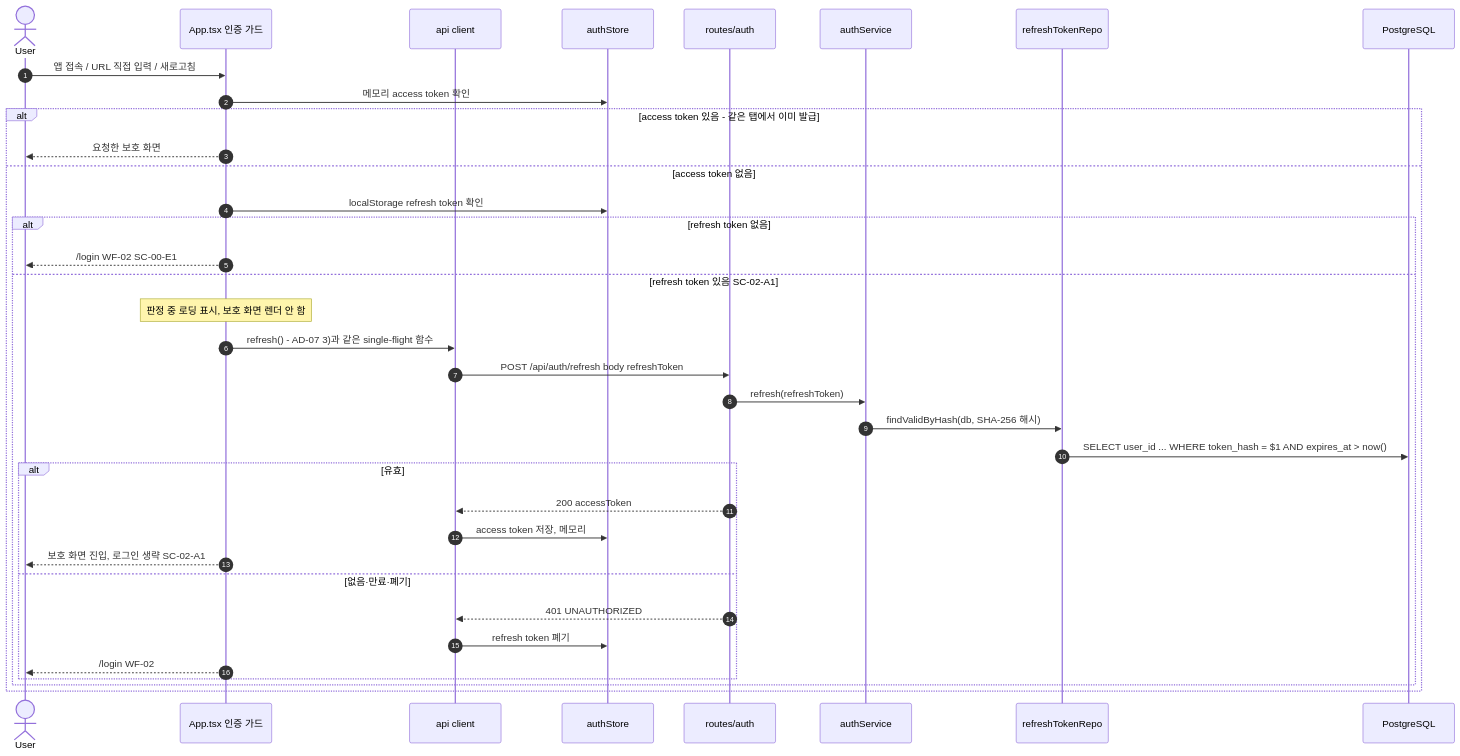
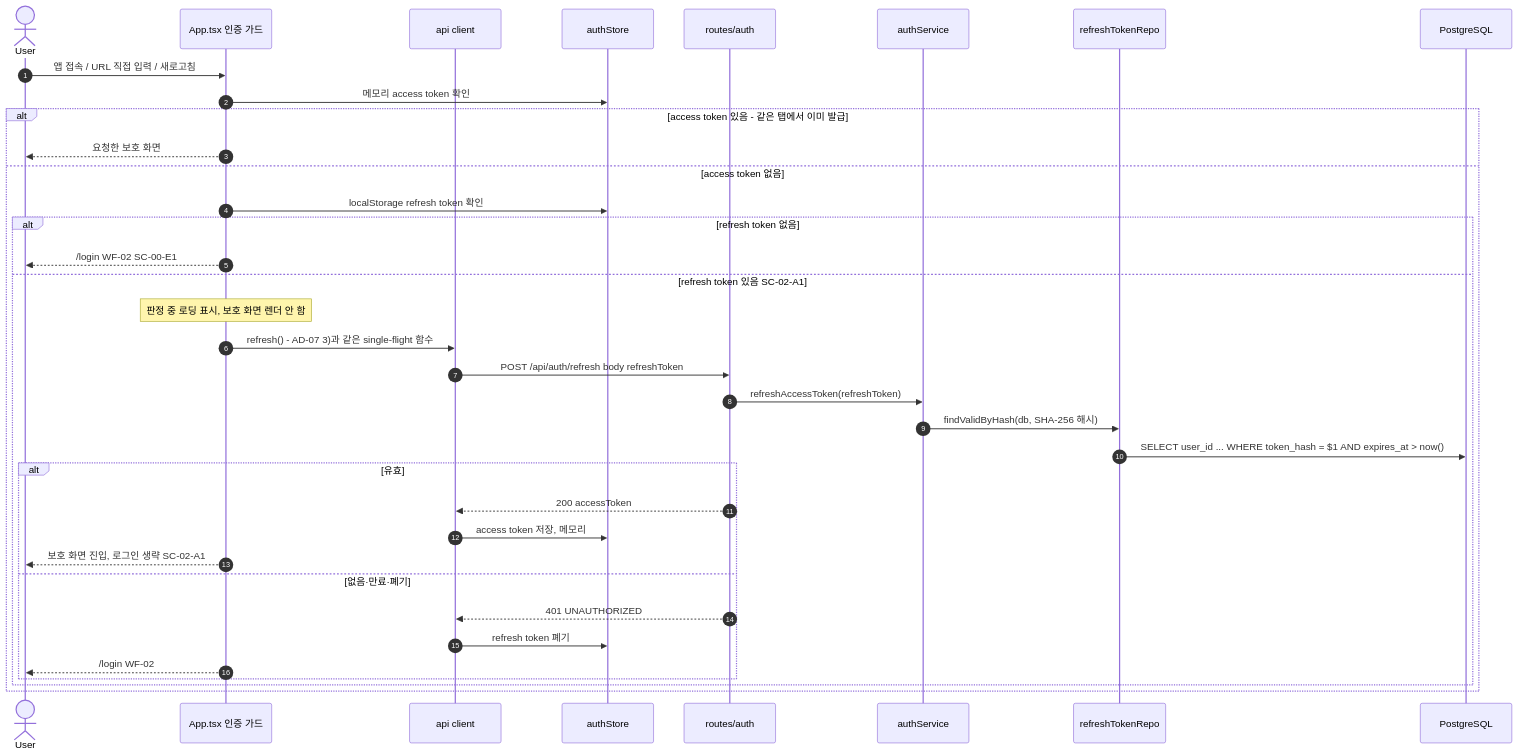
Before and after one commit to chaenamo/todolist-app: the seventh of 12 diagrams in docs/6-arch-diagram.md, drawn with Mermaid. The commit also changed other lines of this file and 64 other files, not shown here.

````diff
--- a/docs/6-arch-diagram.md
+++ b/docs/6-arch-diagram.md
@@ -397,39 +406,39 @@
 ```mermaid
 sequenceDiagram
     autonumber
     actor U as User
     participant APP as App.tsx 인증 가드
     participant H as api client
     participant ST as authStore
     participant R as routes/auth
     participant S as authService
     participant Repo as refreshTokenRepo
     participant DB as PostgreSQL
 
     U->>APP: 앱 접속 / URL 직접 입력 / 새로고침
     APP->>ST: 메모리 access token 확인
     alt access token 있음 - 같은 탭에서 이미 발급
         APP-->>U: 요청한 보호 화면
     else access token 없음
         APP->>ST: localStorage refresh token 확인
         alt refresh token 없음
             APP-->>U: /login WF-02 SC-00-E1
         else refresh token 있음 SC-02-A1
             Note over APP: 판정 중 로딩 표시, 보호 화면 렌더 안 함
             APP->>H: refresh() - AD-07 3)과 같은 single-flight 함수
             H->>R: POST /api/auth/refresh body refreshToken
-            R->>S: refresh(refreshToken)
+            R->>S: refreshAccessToken(refreshToken)
             S->>Repo: findValidByHash(db, SHA-256 해시)
             Repo->>DB: SELECT user_id ... WHERE token_hash = $1 AND expires_at > now()
             alt 유효
                 R-->>H: 200 accessToken
                 H->>ST: access token 저장, 메모리
                 APP-->>U: 보호 화면 진입, 로그인 생략 SC-02-A1
             else 없음·만료·폐기
                 R-->>H: 401 UNAUTHORIZED
                 H->>ST: refresh token 폐기
                 APP-->>U: /login WF-02
             end
         end
     end
 ```
````
